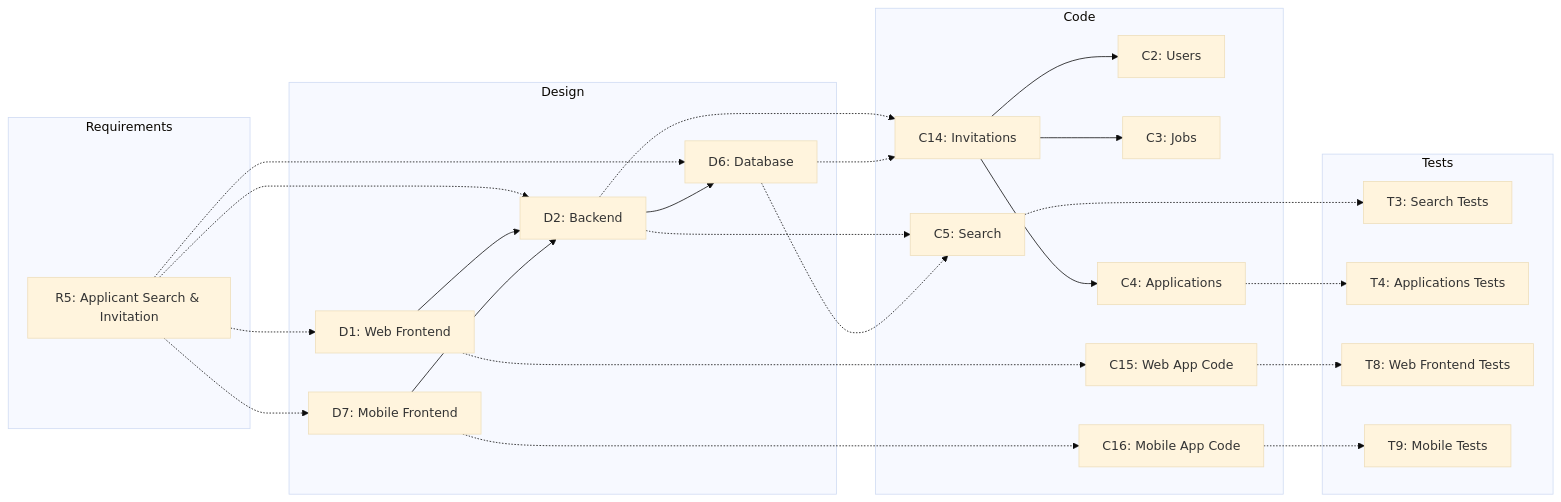
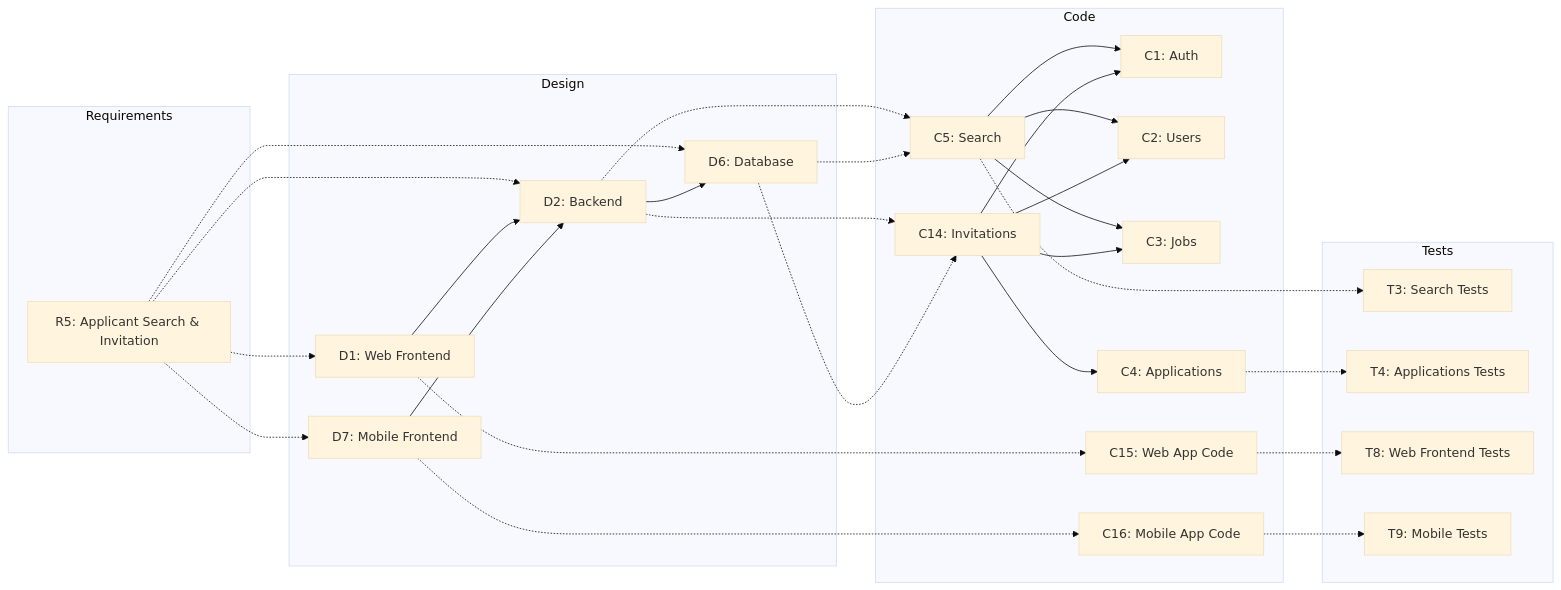
One commit to outoft3n/2025-ITCS383-Chongyai changed the sixth of 8 diagrams in D4_IMPACT_ANALYSIS.MD. Above: the diagram before and after it, drawn with Mermaid (base theme). The commit also changed other lines of this file, not shown here.

````diff
--- a/D4_IMPACT_ANALYSIS.MD
+++ b/D4_IMPACT_ANALYSIS.MD
@@ -457,56 +489,61 @@
 ```mermaid
 graph LR
- 
+
 subgraph Requirements
 R5[R5: Applicant Search & Invitation]
 end
- 
+
 subgraph Design
 D1[D1: Web Frontend]
 D2[D2: Backend]
 D6[D6: Database]
 D7[D7: Mobile Frontend]
 end
- 
+
 subgraph Code
+C1[C1: Auth]
 C2[C2: Users]
 C3[C3: Jobs]
 C4[C4: Applications]
 C5[C5: Search]
 C14[C14: Invitations]
 C15[C15: Web App Code]
 C16[C16: Mobile App Code]
 end
- 
+
 subgraph Tests
 T3[T3: Search Tests]
 T4[T4: Applications Tests]
 T8[T8: Web Frontend Tests]
 T9[T9: Mobile Tests]
 end
- 
+
 R5 -.-> D1
 R5 -.-> D2
 R5 -.-> D6
 R5 -.-> D7
- 
+
 D1 --> D2
 D7 --> D2
 D2 --> D6
- 
+
 D2 -.-> C5
 D2 -.-> C14
 D6 -.-> C5
 D6 -.-> C14
 D1 -.-> C15
 D7 -.-> C16
- 
+
+C5 --> C1
+C5 --> C2
+C5 --> C3
+C14 --> C1
 C14 --> C2
 C14 --> C3
 C14 --> C4
- 
+
 C5 -.-> T3
 C4 -.-> T4
 C15 -.-> T8
 C16 -.-> T9
 ```
````
